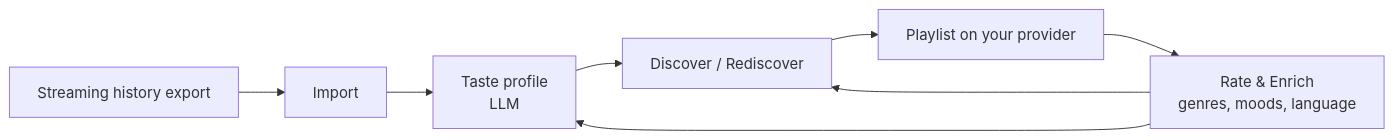
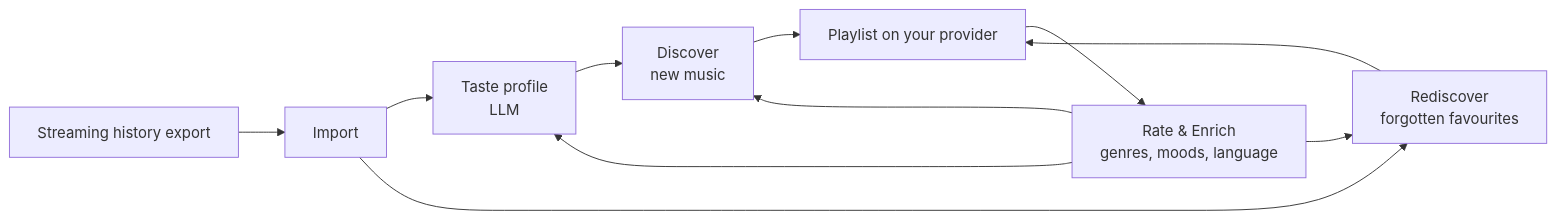
The diagram in docs/index.md (ychab/museflow), drawn with Mermaid before and after one commit. The commit also changed other lines of this file and 8 other files, not shown here.

````diff
--- a/docs/index.md
+++ b/docs/index.md
@@ -7,10 +7,13 @@
 ```mermaid
 flowchart LR
     A[Streaming history export] --> B[Import]
     B --> C[Taste profile<br/>LLM]
-    C --> D[Discover / Rediscover]
+    C --> D[Discover<br/>new music]
+    B --> R[Rediscover<br/>forgotten favourites]
     D --> E[Playlist on your provider]
+    R --> E
     E --> F[Rate & Enrich<br/>genres, moods, language]
     F --> C
     F --> D
+    F --> R
 ```
````
